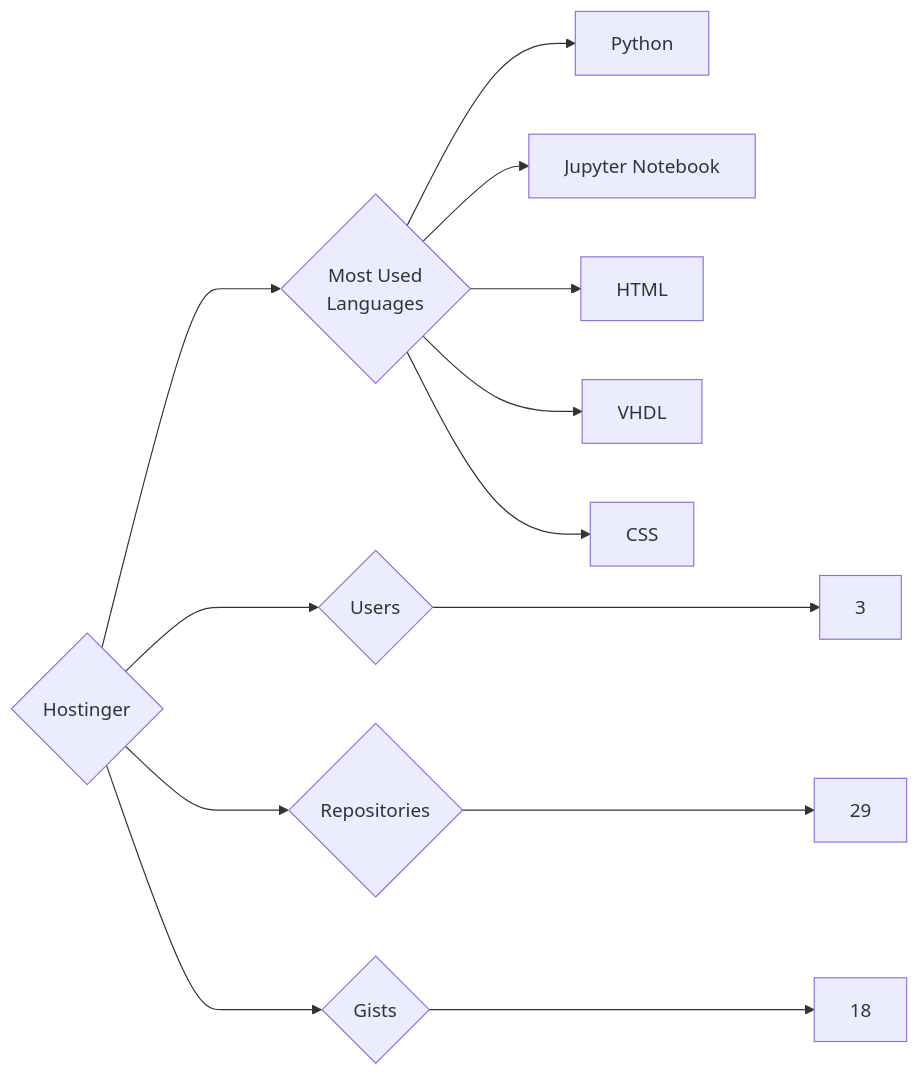
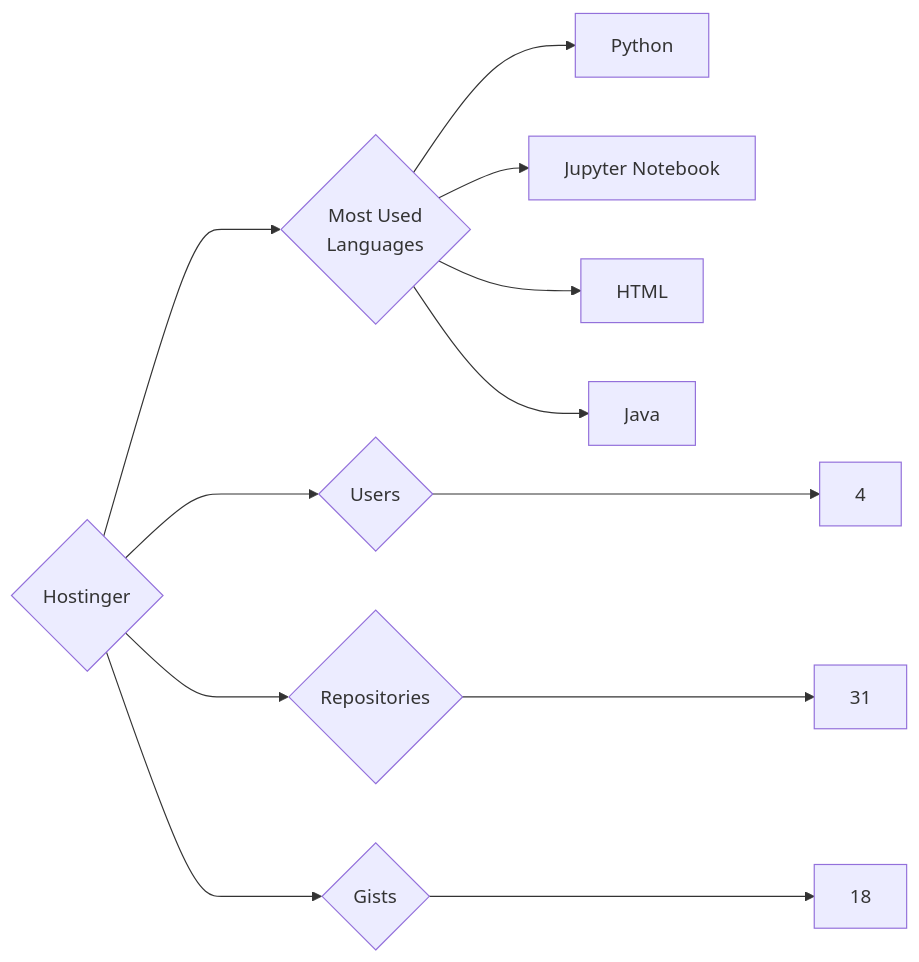
One commit to trickest/insiders changed the diagram in targets/Hostinger/README.md. Above: the diagram before and after it, drawn with Mermaid. The commit also changed 985 other files, not shown here.

````diff
--- a/targets/Hostinger/README.md
+++ b/targets/Hostinger/README.md
@@ -3,13 +3,12 @@
 ```mermaid
 graph LR
 COMPANY_NAME{Hostinger}
-COMPANY_NAME ---> U{Users} ---> UN[3]
-COMPANY_NAME ---> R{Repositories} ---> RN[29]
+COMPANY_NAME ---> U{Users} ---> UN[4]
+COMPANY_NAME ---> R{Repositories} ---> RN[31]
 COMPANY_NAME ---> G{Gists} ---> GN[18]
 COMPANY_NAME ---> ML{Most Used<br>Languages}
 ML --> Python[Python]
 ML --> Jupyter_Notebook[Jupyter Notebook]
 ML --> HTML[HTML]
-ML --> VHDL[VHDL]
-ML --> CSS[CSS]
+ML --> Java[Java]
 ```
````
